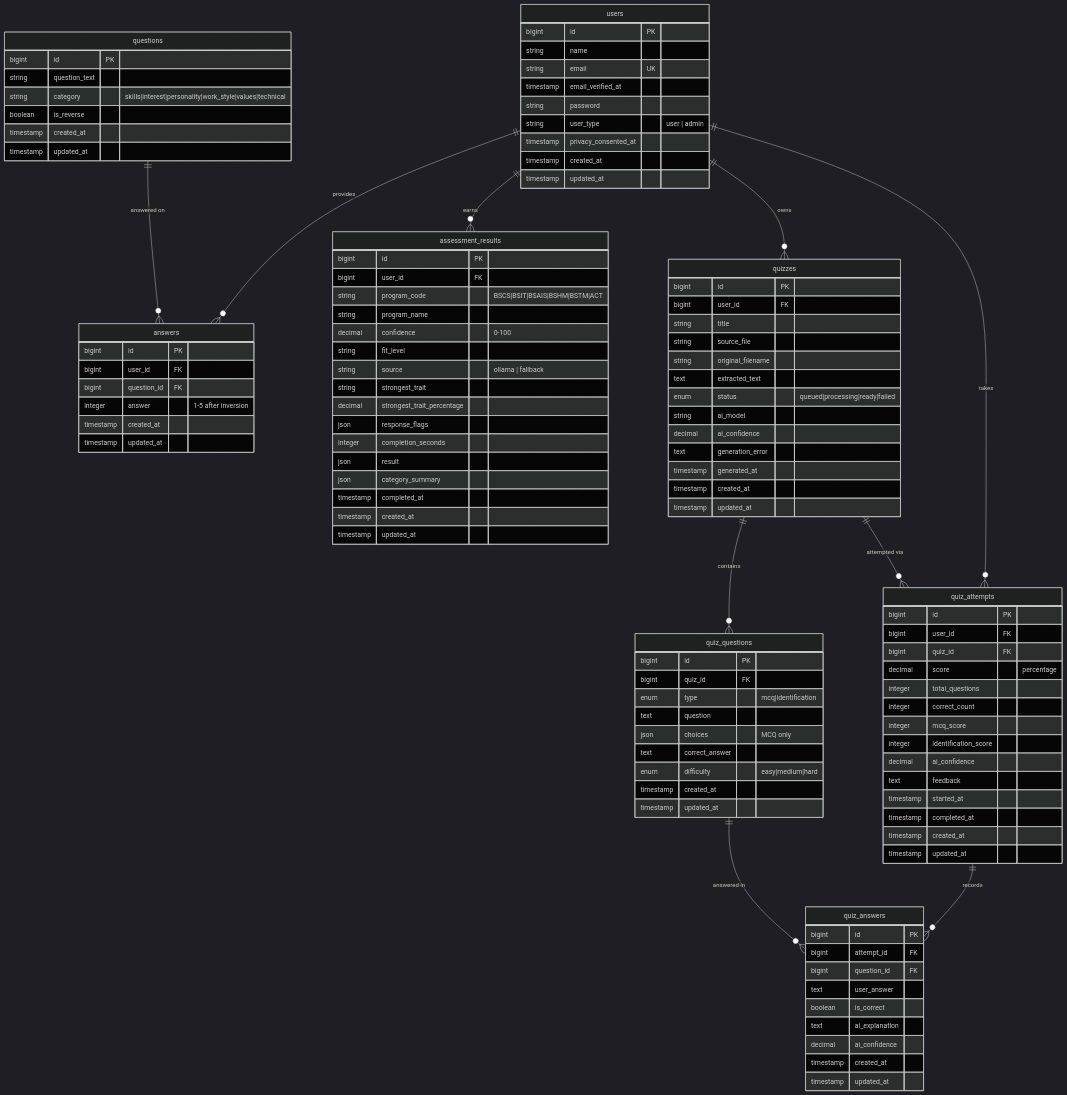
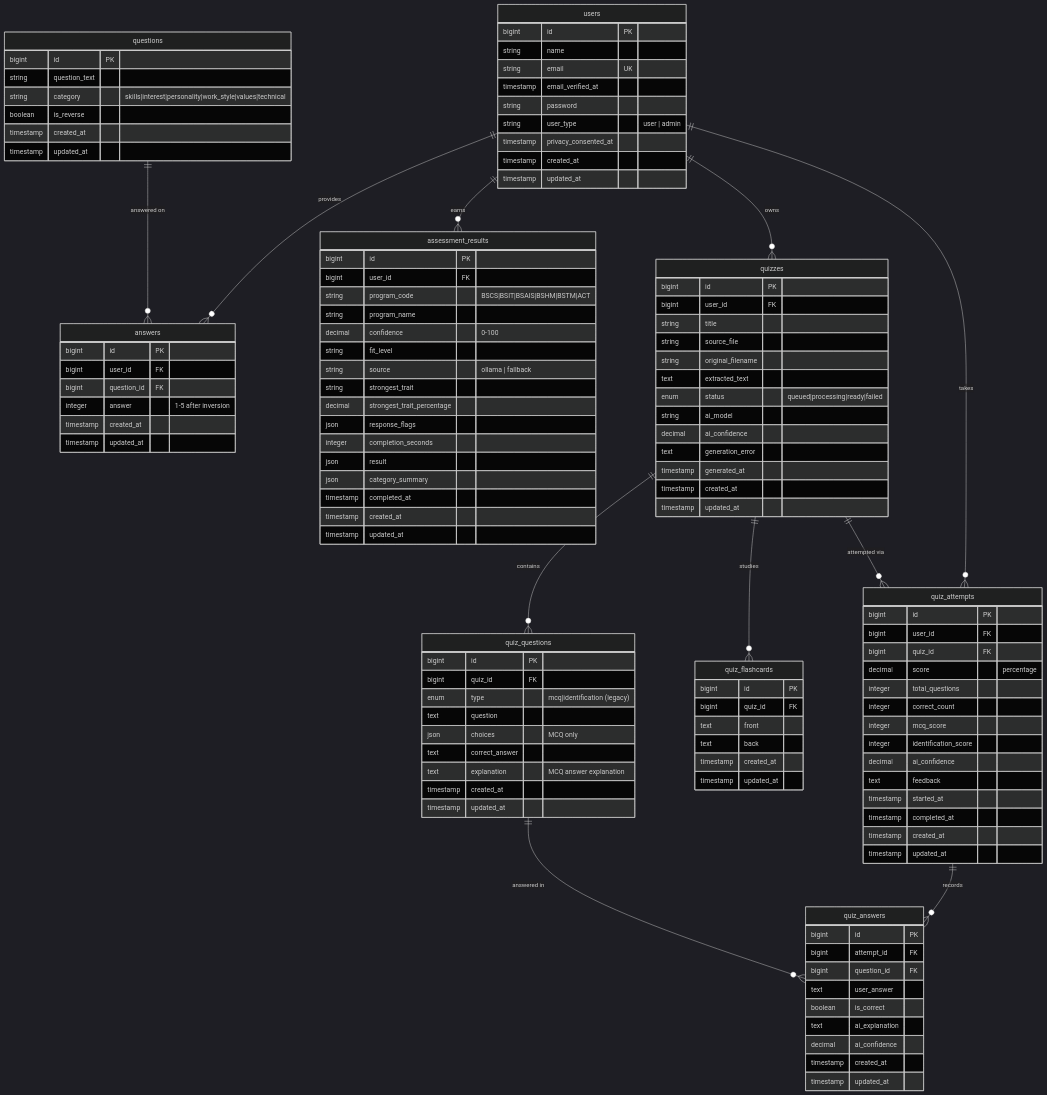
One commit to natsuck/realitycheckai changed the diagram in docs/thesis-diagrams/12-erd.md. Above: the diagram before and after it, drawn with Mermaid (dark theme). The commit also changed 47 other files, not shown here.

```diff
--- a/docs/thesis-diagrams/12-erd.md
+++ b/docs/thesis-diagrams/12-erd.md
@@ -70,11 +70,20 @@
     quiz_questions {
         bigint id PK
         bigint quiz_id FK
-        enum type "mcq|identification"
+        enum type "mcq|identification (legacy)"
         text question
         json choices "MCQ only"
         text correct_answer
-        enum difficulty "easy|medium|hard"
+        text explanation "MCQ answer explanation"
+        timestamp created_at
+        timestamp updated_at
+    }
+
+    quiz_flashcards {
+        bigint id PK
+        bigint quiz_id FK
+        text front
+        text back
         timestamp created_at
         timestamp updated_at
     }
@@ -113,6 +122,7 @@
     users ||--o{ assessment_results : "earns"
     users ||--o{ quizzes : "owns"
     quizzes ||--o{ quiz_questions : "contains"
+    quizzes ||--o{ quiz_flashcards : "studies"
     quizzes ||--o{ quiz_attempts : "attempted via"
     users ||--o{ quiz_attempts : "takes"
     quiz_attempts ||--o{ quiz_answers : "records"
```
